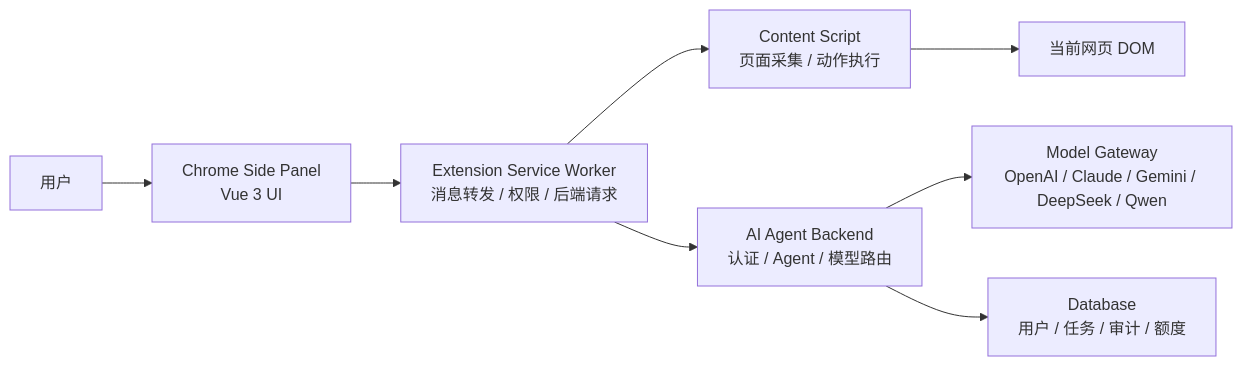
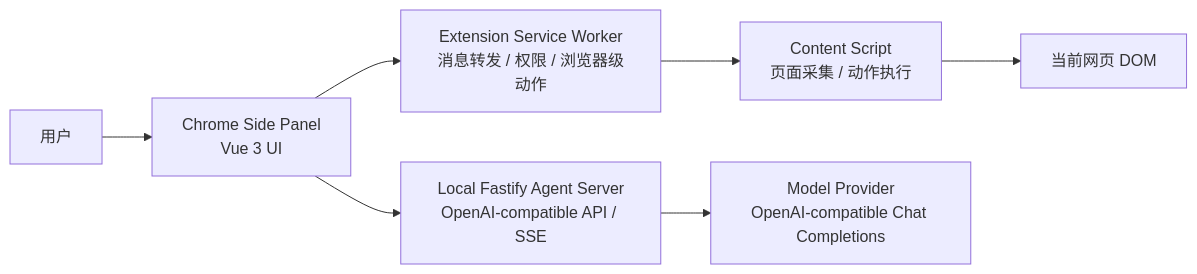
One commit to AlexJeeee/ditty changed the first of 2 diagrams in docs/technical-design.md. Above: the diagram before and after it, drawn with Mermaid. The commit also changed other lines of this file and 3 other files, not shown here.

````diff
--- a/docs/technical-design.md
+++ b/docs/technical-design.md
@@ -17,10 +18,9 @@
 ```mermaid
 flowchart LR
   User["用户"] --> SidePanel["Chrome Side Panel\nVue 3 UI"]
-  SidePanel --> ServiceWorker["Extension Service Worker\n消息转发 / 权限 / 后端请求"]
+  SidePanel --> LocalServer["Local Fastify Agent Server\nOpenAI-compatible API / SSE"]
+  SidePanel --> ServiceWorker["Extension Service Worker\n消息转发 / 权限 / 浏览器级动作"]
   ServiceWorker --> ContentScript["Content Script\n页面采集 / 动作执行"]
   ContentScript --> Page["当前网页 DOM"]
-  ServiceWorker --> Backend["AI Agent Backend\n认证 / Agent / 模型路由"]
-  Backend --> ModelGateway["Model Gateway\nOpenAI / Claude / Gemini / DeepSeek / Qwen"]
-  Backend --> Database["Database\n用户 / 任务 / 审计 / 额度"]
+  LocalServer --> Model["Model Provider\nOpenAI-compatible Chat Completions"]
 ```
````
